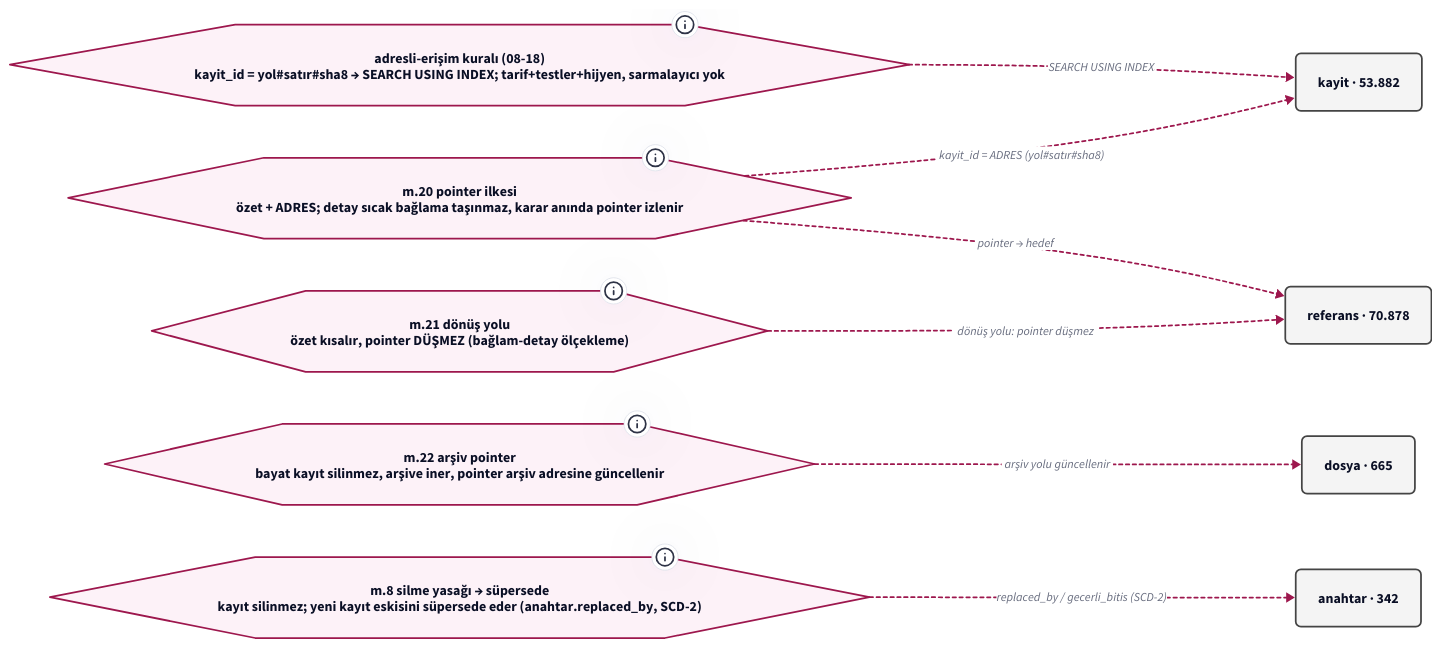
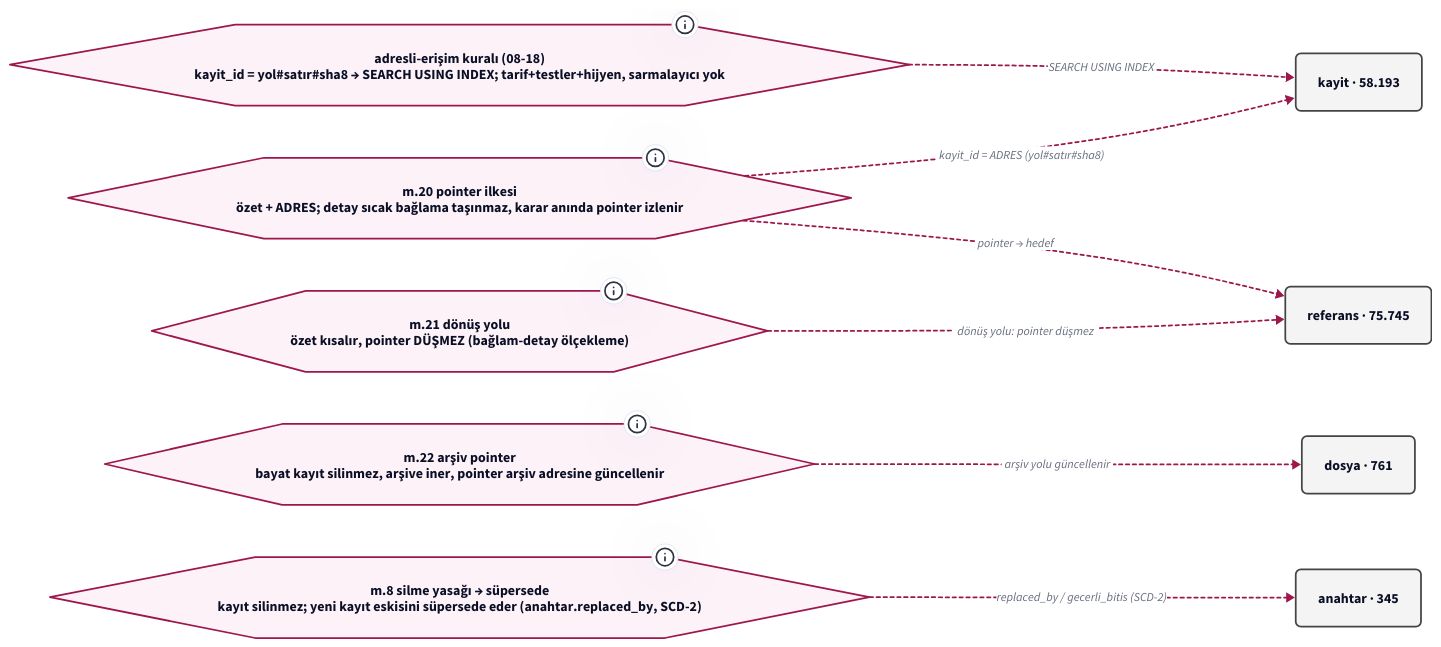
Before and after one commit to salihsahinin/sistem: the diagram in graf/pointer-sistemi-v0-ilke.d2, drawn with D2. The commit also changed 55 other files, not shown here.

First line of the commit message:
[icra] Ritual outputs: action log 08-29/08-30, silver/gold views, graph derivations, measurement logs (katman-hatti exit 0, 16 OK; silver-health gate exit 0)

```diff
--- a/graf/pointer-sistemi-v0-ilke.d2
+++ b/graf/pointer-sistemi-v0-ilke.d2
@@ -1,33 +1,33 @@
 # Jarvis POINTER SİSTEMİ — POINTER İLKESİ → MEKANİZMA (pano 3/4) (türetilmiş görünüm; ham kaynak silver/bronz)
-# üretici: tools/pointer-graf.py · silver 12df11c · HEAD 12df11c · d2 v0.8.1-HEAD · render: d2 --layout=elk (ELK bundled; TALA girmez; determinizm yerel sha256 ile ölçülür — Karar 65)
+# üretici: tools/pointer-graf.py · silver 9784b2d · HEAD 9784b2d · d2 v0.8.1-HEAD · render: d2 --layout=elk (ELK bundled; TALA girmez; determinizm yerel sha256 ile ölçülür — Karar 65)
 # içerik katmanı: düğüm/kenar = silver'dan script türetimi (LLM yazmaz); ilke/kronoloji = kanon SABİTİ (pointer'lı, script içinde); yorum katmanı = bu # satırları
 direction: right
 classes: {
   kutu: { style: { fill: "#F4F4F4"; stroke: "#444444"; font-size: 16; border-radius: 6 } }
   pointer: { style: { fill: "#E8F0FE"; stroke: "#1A56DB"; border-radius: 6 } }
   anahtar: { style: { fill: "#FFF4E5"; stroke: "#B45309"; border-radius: 6 } }
   hat: { style: { fill: "#ECFDF5"; stroke: "#047857"; bold: true; border-radius: 6 } }
   ilke: { shape: hexagon; style: { fill: "#FDF2F8"; stroke: "#9D174D" } }
   kron: { shape: page; style: { fill: "#FFFFFF"; stroke: "#6B7280" } }
   dis: { shape: cloud; style: { fill: "#FAFAFA"; stroke: "#9CA3AF" } }
   kirik: { style: { stroke: "#DC2626"; stroke-dash: 3; font-size: 14 } }
   supersede: { style: { stroke: "#B45309"; stroke-dash: 5 } }
   fk: { style: { stroke: "#444444"; font-size: 14 } }
   turetir: { style: { stroke: "#047857"; stroke-width: 3 } }
   uygular: { style: { stroke: "#9D174D"; stroke-dash: 2; font-size: 14 } }
 }
 adres: "adresli-erişim kuralı (08-18)\nkayit_id = yol#satır#sha8 → SEARCH USING INDEX; tarif+testler+hijyen, sarmalayıcı yok" { class: ilke; tooltip: "KILAVUZ.md tasarım-ilkeleri · kuyruk/senaryo-defteri.md Karar 62" }
 m20: "m.20 pointer ilkesi\nözet + ADRES; detay sıcak bağlama taşınmaz, karar anında pointer izlenir" { class: ilke; tooltip: "core/tuzuk-v0.md m.20 · wiki/pointer-sistemi.md" }
 m21: "m.21 dönüş yolu\nözet kısalır, pointer DÜŞMEZ (bağlam-detay ölçekleme)" { class: ilke; tooltip: "core/tuzuk-v0.md m.21" }
 m22: "m.22 arşiv pointer\nbayat kayıt silinmez, arşive iner, pointer arşiv adresine güncellenir" { class: ilke; tooltip: "core/tuzuk-v0.md m.22" }
 m8: "m.8 silme yasağı → süpersede\nkayıt silinmez; yeni kayıt eskisini süpersede eder (anahtar.replaced_by, SCD-2)" { class: ilke; tooltip: "core/tuzuk-v0.md m.8 · core/baglam-anahtar-kaydi.md §3" }
-kayit: "kayit · 53.882" { class: kutu }
-referans: "referans · 70.878" { class: kutu }
-dosya: "dosya · 665" { class: kutu }
-anahtar: "anahtar · 342" { class: kutu }
+kayit: "kayit · 58.193" { class: kutu }
+referans: "referans · 75.745" { class: kutu }
+dosya: "dosya · 761" { class: kutu }
+anahtar: "anahtar · 345" { class: kutu }
 adres -> kayit: "SEARCH USING INDEX" { class: uygular }
 m20 -> kayit: "kayit_id = ADRES (yol#satır#sha8)" { class: uygular }
 m20 -> referans: "pointer → hedef" { class: uygular }
 m21 -> referans: "dönüş yolu: pointer düşmez" { class: uygular }
 m22 -> dosya: "arşiv yolu güncellenir" { class: uygular }
 m8 -> anahtar: "replaced_by / gecerli_bitis (SCD-2)" { class: uygular }
```
